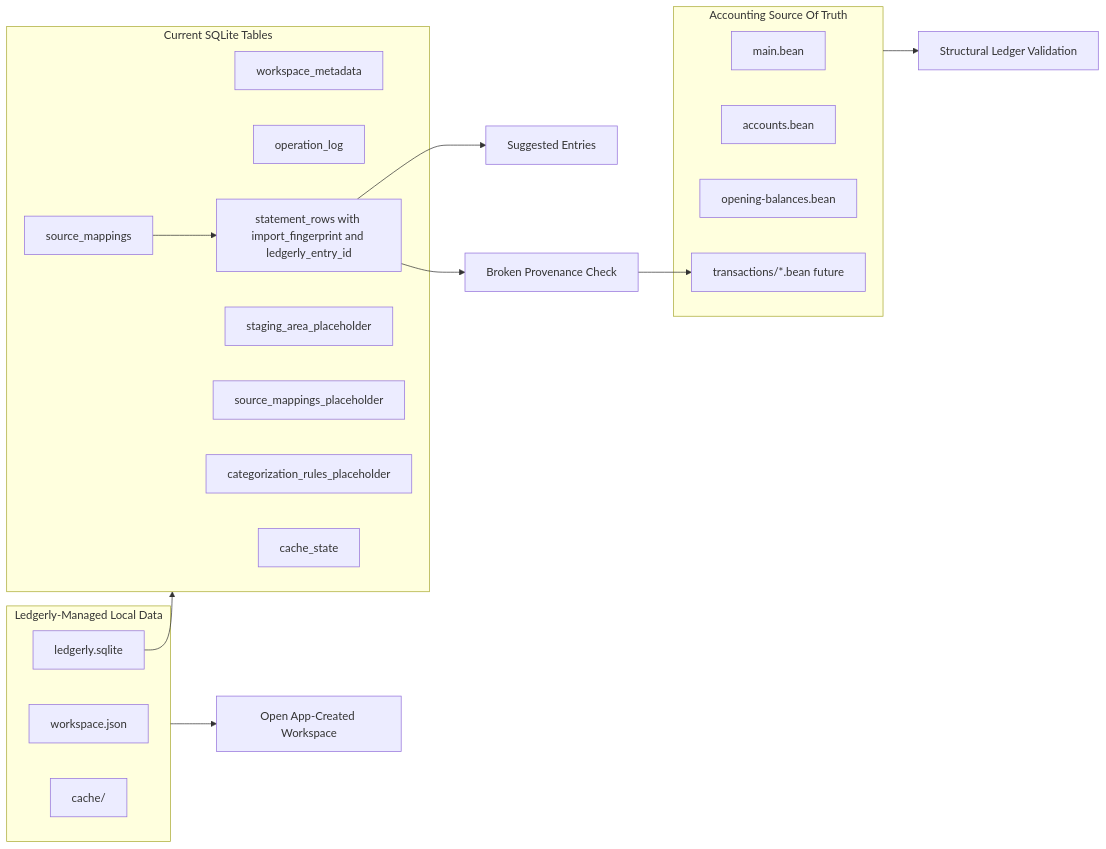
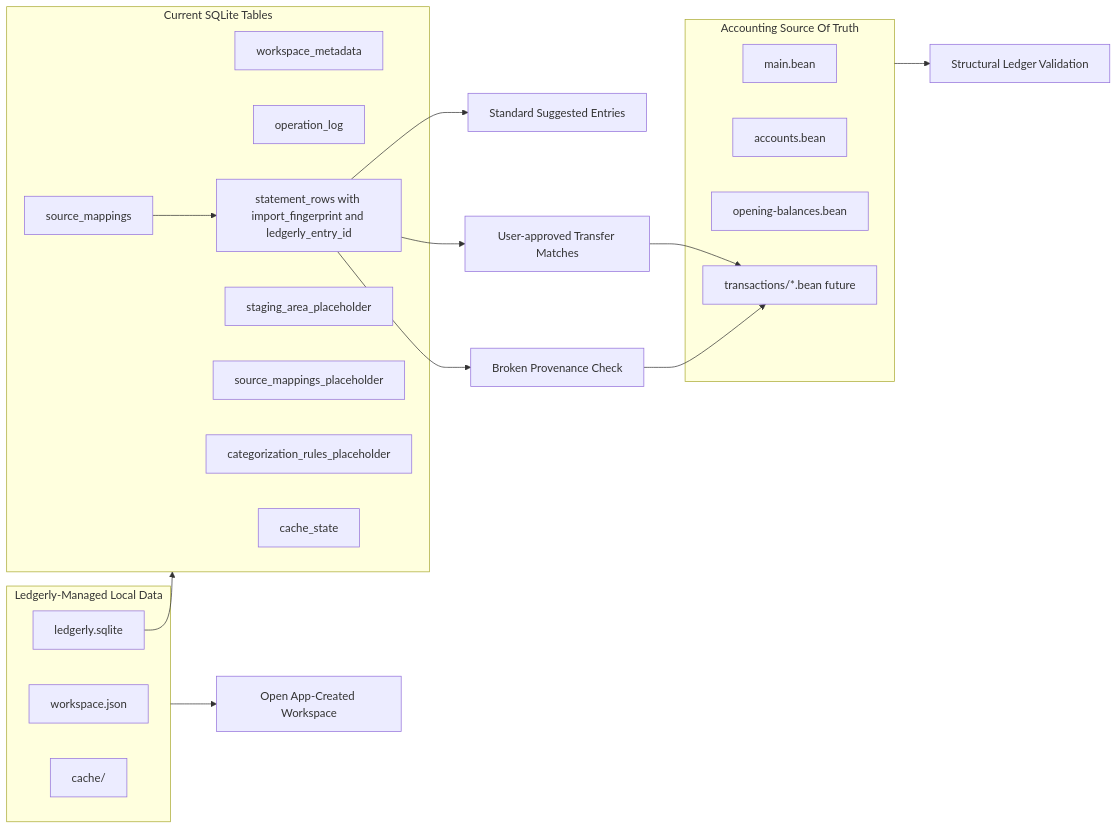
Before and after one commit to ryenski/Ledgerly-MVP: the third of 4 diagrams in docs/architecture.md, drawn with Mermaid. The commit also changed other lines of this file and 11 other files, not shown here.

First line of the commit message:
Support user-approved transfer matches (#24)

````diff
--- a/docs/architecture.md
+++ b/docs/architecture.md
@@ -204,34 +213,36 @@
 ```mermaid
 flowchart LR
   subgraph SourceOfTruth[Accounting Source Of Truth]
     MainBean[main.bean]
     AccountsBean[accounts.bean]
     OpeningBalances[opening-balances.bean]
     FutureMonthly[transactions/*.bean future]
   end
 
   subgraph LedgerlyManaged[Ledgerly-Managed Local Data]
     Manifest[workspace.json]
     Sqlite[ledgerly.sqlite]
     Cache[cache/]
   end
 
   subgraph CurrentSqlite[Current SQLite Tables]
     Metadata[workspace_metadata]
     OperationLog[operation_log]
     SourceMappings[source_mappings]
     StatementRows[statement_rows with import_fingerprint and ledgerly_entry_id]
     StagingPlaceholder[staging_area_placeholder]
     MappingPlaceholder[source_mappings_placeholder]
     RulesPlaceholder[categorization_rules_placeholder]
     CacheState[cache_state]
   end
 
   SourceOfTruth --> Validation[Structural Ledger Validation]
   LedgerlyManaged --> OpenWorkspace[Open App-Created Workspace]
   Sqlite --> CurrentSqlite
   SourceMappings --> StatementRows
-  StatementRows --> SuggestedEntries[Suggested Entries]
+  StatementRows --> SuggestedEntries[Standard Suggested Entries]
+  StatementRows --> TransferMatches[User-approved Transfer Matches]
   StatementRows --> ProvenanceCheck[Broken Provenance Check]
+  TransferMatches --> FutureMonthly
   ProvenanceCheck --> FutureMonthly
 ```
````
